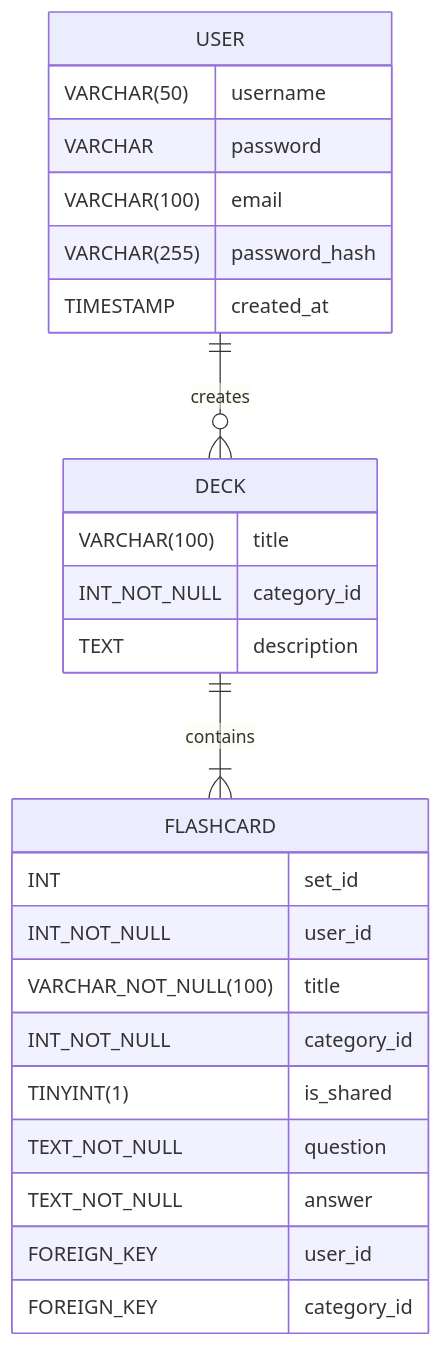
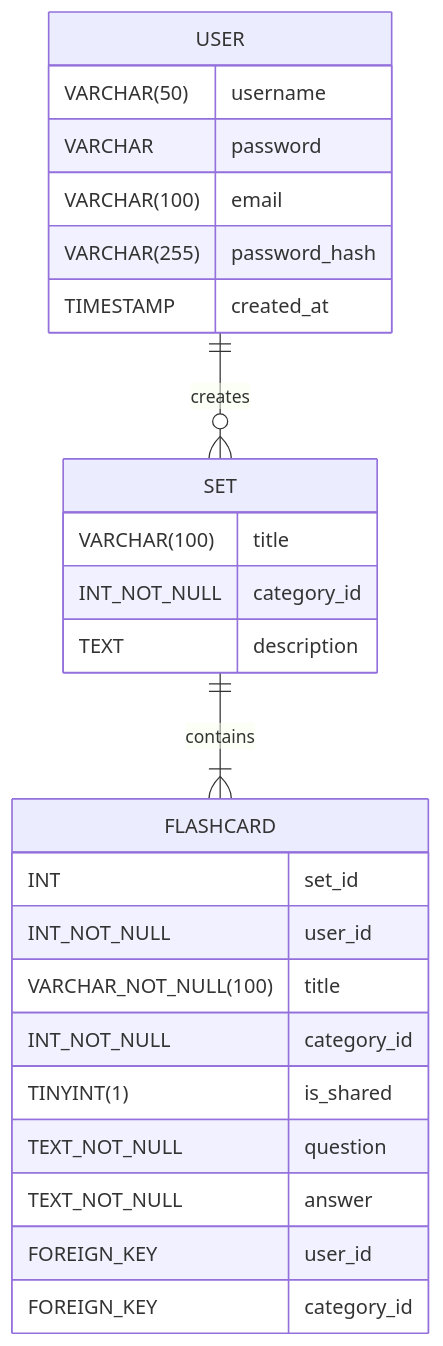
The fifth of 5 diagrams in USERGUIDE.md (njgarner/CSC289-Flashcard-Generator), drawn with Mermaid before and after one commit. The commit also changed other lines of this file, not shown here.

````diff
--- a/USERGUIDE.md
+++ b/USERGUIDE.md
@@ -149,28 +150,28 @@
 ```mermaid
 erDiagram
-    USER ||--o{ DECK : creates
+    USER ||--o{ SET : creates
     USER {
         VARCHAR(50) username 
         VARCHAR password
         VARCHAR(100) email 
         VARCHAR(255) password_hash
         TIMESTAMP created_at
     }
-    DECK ||--|{ FLASHCARD : contains
-    DECK {
+    SET ||--|{ FLASHCARD : contains
+    SET {
         VARCHAR(100) title
         INT_NOT_NULL category_id
         TEXT description
     }
     FLASHCARD {
         INT set_id
         INT_NOT_NULL user_id
         VARCHAR_NOT_NULL(100) title
         INT_NOT_NULL category_id
         TINYINT(1) is_shared
         TEXT_NOT_NULL question
         TEXT_NOT_NULL answer
         FOREIGN_KEY user_id
         FOREIGN_KEY category_id
     }
 ```
````
